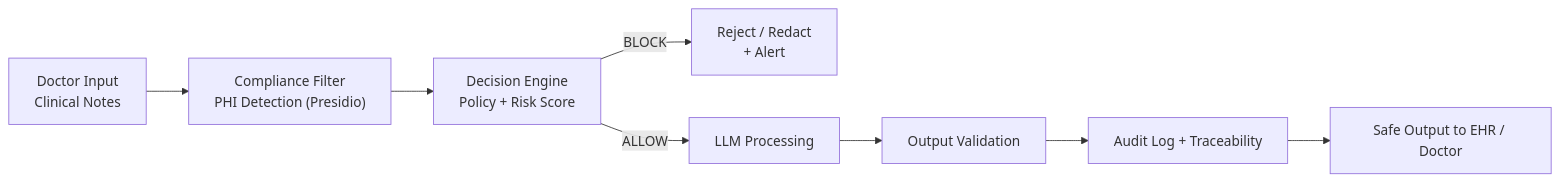
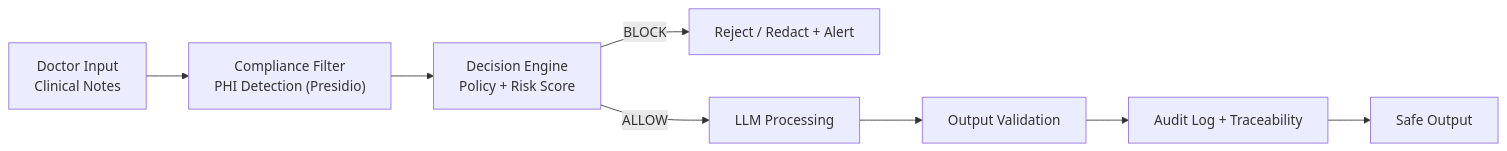
The diagram in README.md (BehaBB/healthcare-ai-compliance-framework), drawn with Mermaid before and after one commit. The commit also changed other lines of this file, not shown here.

````diff
--- a/README.md
+++ b/README.md
@@ -34,14 +37,14 @@
 ```mermaid
 graph LR
     A["Doctor Input\nClinical Notes"] 
     --> B["Compliance Filter\nPHI Detection (Presidio)"]
     
     B --> C["Decision Engine\nPolicy + Risk Score"]
     
-    C -->|BLOCK| D["Reject / Redact\n+ Alert"]
+    C -->|BLOCK| D["Reject / Redact + Alert"]
     C -->|ALLOW| E["LLM Processing"]
     
     E --> F["Output Validation"]
     F --> G["Audit Log + Traceability"]
-    G --> H["Safe Output to EHR / Doctor"]
+    G --> H["Safe Output"]
 ```
````
